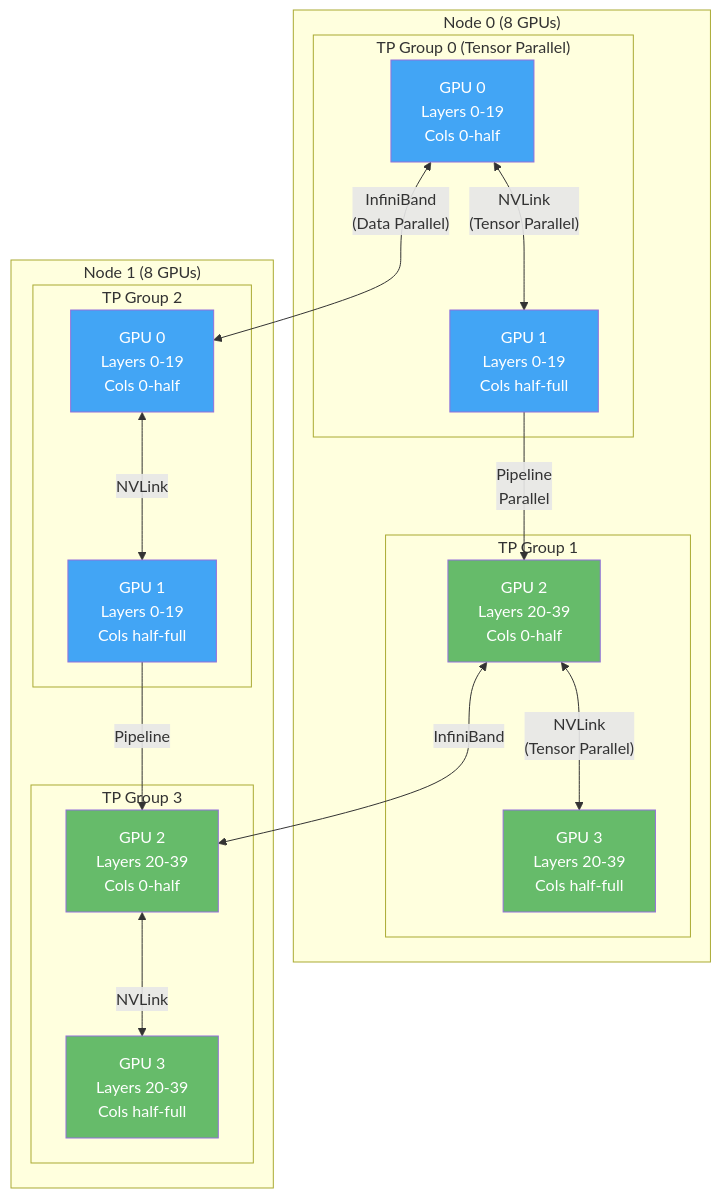
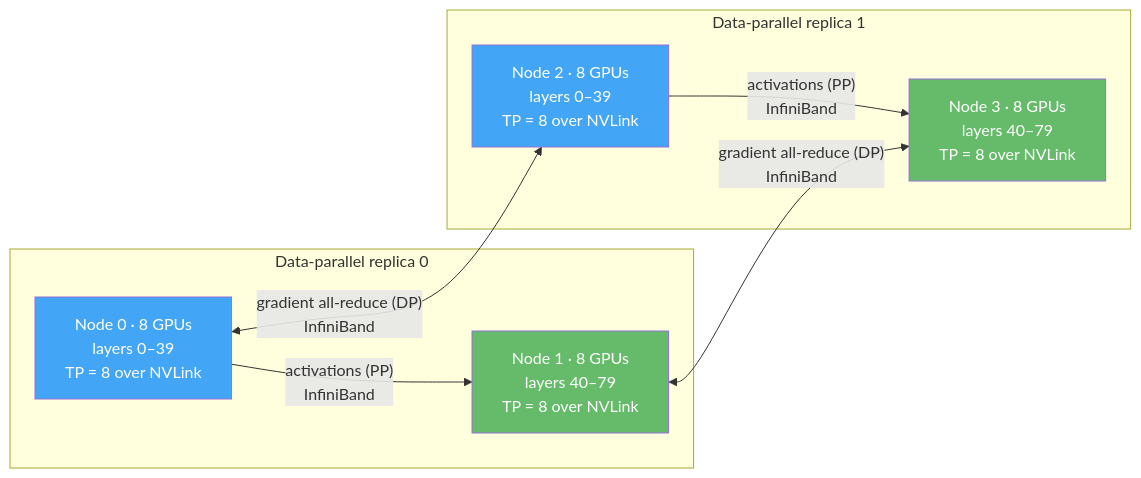
The second of 3 diagrams in content/29_gpus_tpus_infrastructure.md (Hmago/ml4), drawn with Mermaid before and after one commit. The commit also changed other lines of this file and 200 other files, not shown here.

````diff
--- a/content/29_gpus_tpus_infrastructure.md
+++ b/content/29_gpus_tpus_infrastructure.md
@@ -444,42 +803,22 @@
 ```mermaid
-graph TD
-    subgraph "Node 0 (8 GPUs)"
-        subgraph "TP Group 0 (Tensor Parallel)"
-            A0["GPU 0<br/>Layers 0-19<br/>Cols 0-half"]
-            A1["GPU 1<br/>Layers 0-19<br/>Cols half-full"]
-        end
-        subgraph "TP Group 1"
-            A2["GPU 2<br/>Layers 20-39<br/>Cols 0-half"]
-            A3["GPU 3<br/>Layers 20-39<br/>Cols half-full"]
-        end
+graph LR
+    subgraph R0["Data-parallel replica 0"]
+        N0["Node 0 · 8 GPUs<br/>layers 0–39<br/>TP = 8 over NVLink"]
+        N1["Node 1 · 8 GPUs<br/>layers 40–79<br/>TP = 8 over NVLink"]
+        N0 -->|"activations (PP)<br/>InfiniBand"| N1
     end
 
-    subgraph "Node 1 (8 GPUs)"
-        subgraph "TP Group 2"
-            B0["GPU 0<br/>Layers 0-19<br/>Cols 0-half"]
-            B1["GPU 1<br/>Layers 0-19<br/>Cols half-full"]
-        end
-        subgraph "TP Group 3"
-            B2["GPU 2<br/>Layers 20-39<br/>Cols 0-half"]
-            B3["GPU 3<br/>Layers 20-39<br/>Cols half-full"]
-        end
+    subgraph R1["Data-parallel replica 1"]
+        N2["Node 2 · 8 GPUs<br/>layers 0–39<br/>TP = 8 over NVLink"]
+        N3["Node 3 · 8 GPUs<br/>layers 40–79<br/>TP = 8 over NVLink"]
+        N2 -->|"activations (PP)<br/>InfiniBand"| N3
     end
 
-    A0 <-->|"NVLink<br/>(Tensor Parallel)"| A1
-    A2 <-->|"NVLink<br/>(Tensor Parallel)"| A3
-    A1 -->|"Pipeline<br/>Parallel"| A2
-    B0 <-->|"NVLink"| B1
-    B2 <-->|"NVLink"| B3
-    B1 -->|"Pipeline"| B2
-    A0 <-->|"InfiniBand<br/>(Data Parallel)"| B0
-    A2 <-->|"InfiniBand"| B2
+    N0 <-->|"gradient all-reduce (DP)<br/>InfiniBand"| N2
+    N1 <-->|"gradient all-reduce (DP)<br/>InfiniBand"| N3
 
-    style A0 fill:#42a5f5,color:#fff
-    style A1 fill:#42a5f5,color:#fff
-    style A2 fill:#66bb6a,color:#fff
-    style A3 fill:#66bb6a,color:#fff
-    style B0 fill:#42a5f5,color:#fff
-    style B1 fill:#42a5f5,color:#fff
-    style B2 fill:#66bb6a,color:#fff
-    style B3 fill:#66bb6a,color:#fff
+    style N0 fill:#42a5f5,color:#fff
+    style N1 fill:#66bb6a,color:#fff
+    style N2 fill:#42a5f5,color:#fff
+    style N3 fill:#66bb6a,color:#fff
 ```
````
